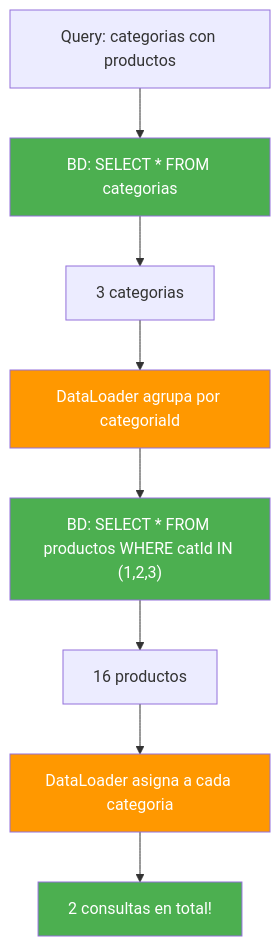
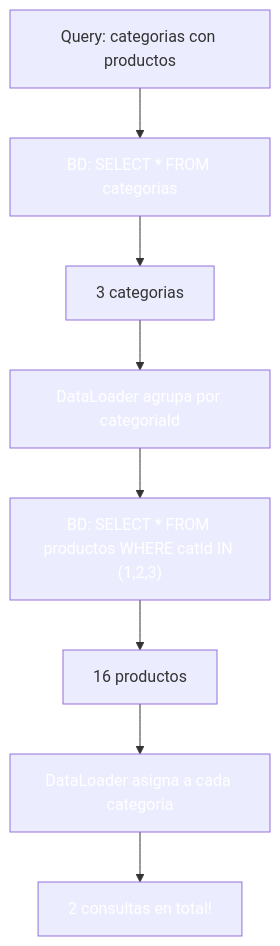
The ninth of 10 diagrams in 19-graphql.md (joseluisgs/DesarrolloWebEntornosServidor-02-2026-2027), drawn with Mermaid before and after one commit. The commit also changed other lines of this file and 41 other files, not shown here.

````diff
--- a/19-graphql.md
+++ b/19-graphql.md
@@ -883,19 +883,19 @@
 ```mermaid
 graph TD
     Q["Query: categorias con productos"] --> S1["BD: SELECT * FROM categorias"]
     S1 --> C["3 categorias"]
 
     C --> DL["DataLoader agrupa por categoriaId"]
 
     DL --> S2["BD: SELECT * FROM productos WHERE catId IN (1,2,3)"]
     S2 --> P["16 productos"]
 
     P --> DL2["DataLoader asigna a cada categoria"]
     DL2 --> R["2 consultas en total!"]
 
-    style S1 fill:#4CAF50,color:#fff
-    style DL fill:#FF9800,color:#fff
-    style S2 fill:#4CAF50,color:#fff
-    style DL2 fill:#FF9800,color:#fff
-    style R fill:#4CAF50,color:#fff
+    style S1 fill:#4CAF5,color:#fff0,color:#fff
+    style DL fill:#FF980,color:#fff0,color:#fff
+    style S2 fill:#4CAF5,color:#fff0,color:#fff
+    style DL2 fill:#FF980,color:#fff0,color:#fff
+    style R fill:#4CAF5,color:#fff0,color:#fff
 ```
````
